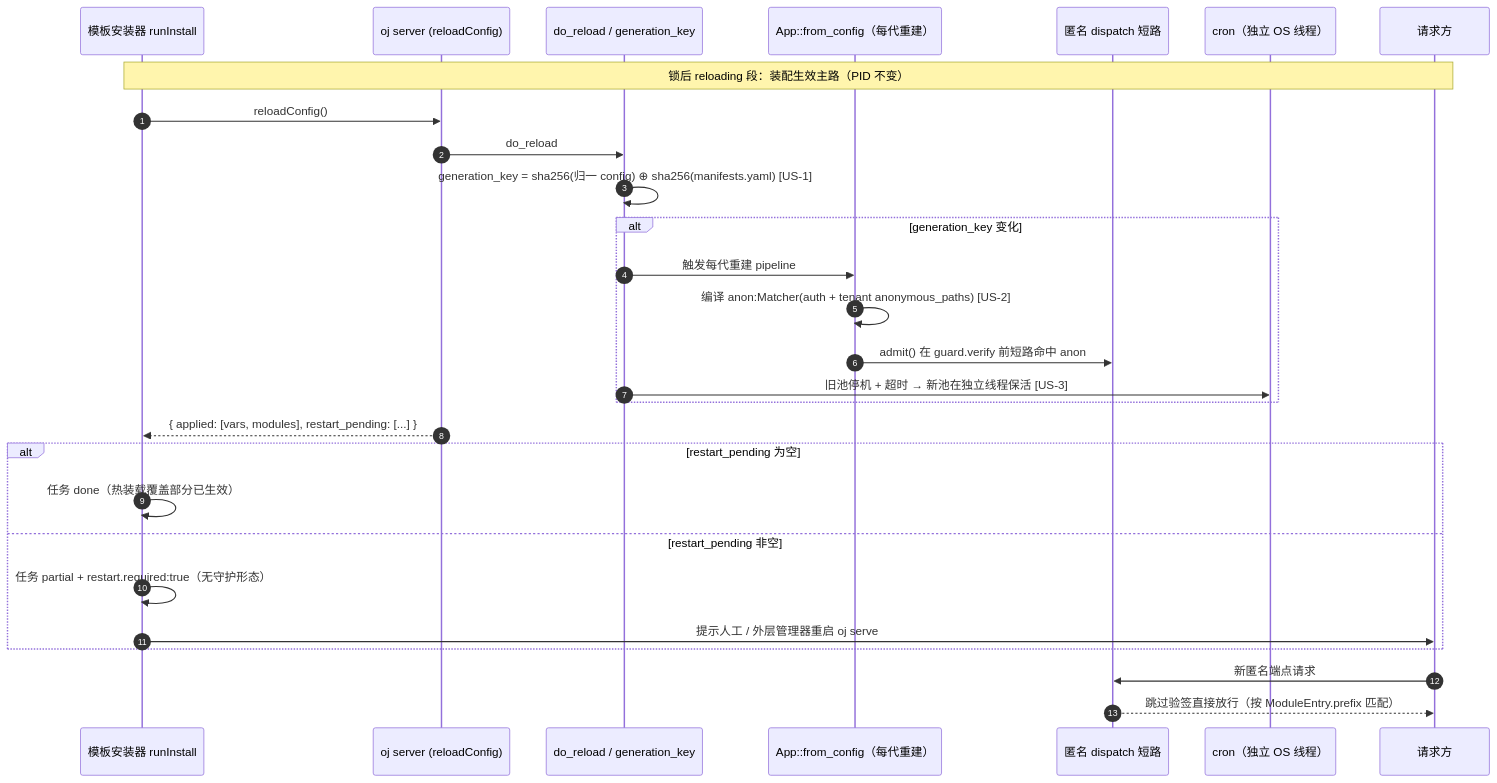
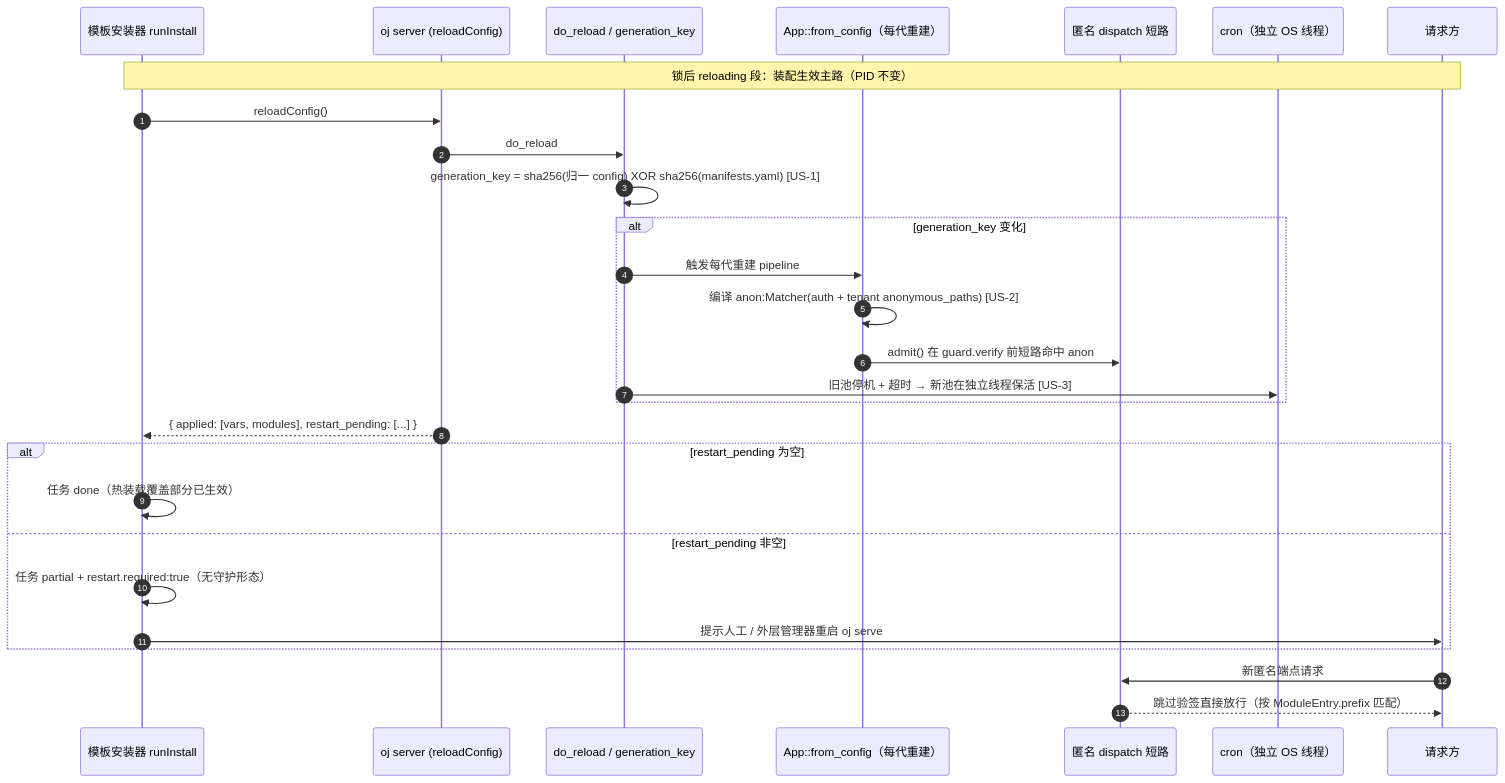
One commit to everpan/oj-module changed the first of 3 diagrams in docs/plans/20261105-upstream-oj-pr.md. Above: the diagram before and after it, drawn with Mermaid.

Commit message:
docs(plans): 上游 PR 文档 mermaid 修正（⊕→XOR 规避解析器风险）
静态语法审计：三类图节点 ID / 冒号 / <br/> / alt-else-end 配对均合法，
仅 7.1 时序图中 ⊕ 运算符在非全版本 mermaid 解析器下不稳定，改为等价 XOR。

````diff
--- a/docs/plans/20261105-upstream-oj-pr.md
+++ b/docs/plans/20261105-upstream-oj-pr.md
@@ -109,31 +109,31 @@
 ```mermaid
 sequenceDiagram
     autonumber
     participant T as 模板安装器 runInstall
     participant API as oj server (reloadConfig)
     participant RL as do_reload / generation_key
     participant APP as App::from_config（每代重建）
     participant DISP as 匿名 dispatch 短路
     participant CRON as cron（独立 OS 线程）
     participant CL as 请求方
 
     Note over T,CL: 锁后 reloading 段：装配生效主路（PID 不变）
     T->>API: reloadConfig()
     API->>RL: do_reload
-    RL->>RL: generation_key = sha256(归一 config) ⊕ sha256(manifests.yaml) [US-1]
+    RL->>RL: generation_key = sha256(归一 config) XOR sha256(manifests.yaml) [US-1]
     alt generation_key 变化
         RL->>APP: 触发每代重建 pipeline
         APP->>APP: 编译 anon:Matcher(auth + tenant anonymous_paths) [US-2]
         APP->>DISP: admit() 在 guard.verify 前短路命中 anon
         RL->>CRON: 旧池停机 + 超时 → 新池在独立线程保活 [US-3]
     end
     API-->>T: { applied: [vars, modules], restart_pending: [...] }
     alt restart_pending 为空
         T->>T: 任务 done（热装载覆盖部分已生效）
     else restart_pending 非空
         T->>T: 任务 partial + restart.required:true（无守护形态）
         T->>CL: 提示人工 / 外层管理器重启 oj serve
     end
     CL->>DISP: 新匿名端点请求
     DISP-->>CL: 跳过验签直接放行（按 ModuleEntry.prefix 匹配）
 ```
````
